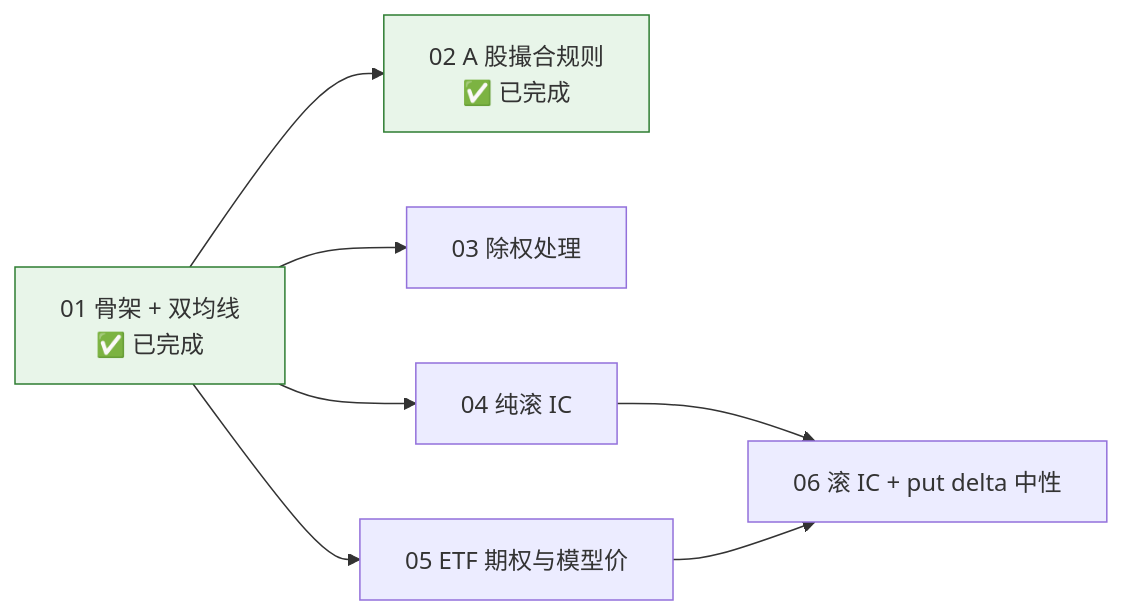
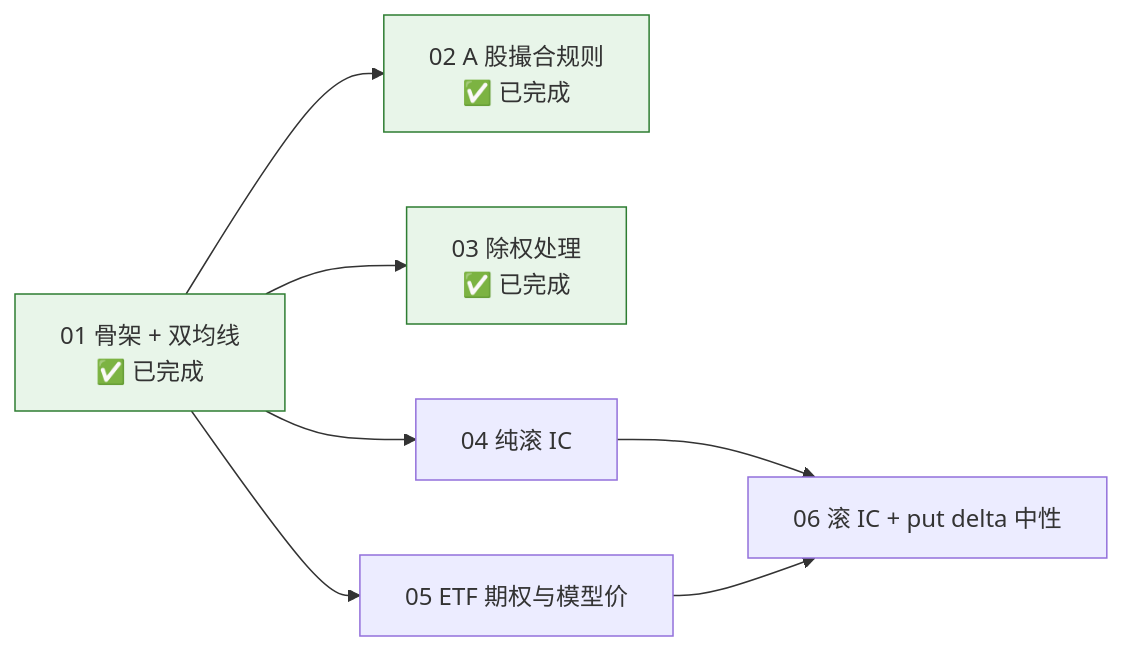
Before and after one commit to guevara12345/quant: the eighth of 8 diagrams in docs/design.md, drawn with Mermaid. The commit also changed other lines of this file and 11 other files, not shown here.

````diff
--- a/docs/design.md
+++ b/docs/design.md
@@ -288,11 +287,11 @@
 ```mermaid
 flowchart LR
     T01["01 骨架 + 双均线<br/>✅ 已完成"] --> T02["02 A 股撮合规则<br/>✅ 已完成"]
-    T01 --> T03[03 除权处理]
+    T01 --> T03["03 除权处理<br/>✅ 已完成"]
     T01 --> T04[04 纯滚 IC]
     T01 --> T05[05 ETF 期权与模型价]
     T04 --> T06[06 滚 IC + put delta 中性]
     T05 --> T06
     classDef done fill:#e8f5e9,stroke:#2e7d32
-    class T01,T02 done
+    class T01,T02,T03 done
 ```
````
